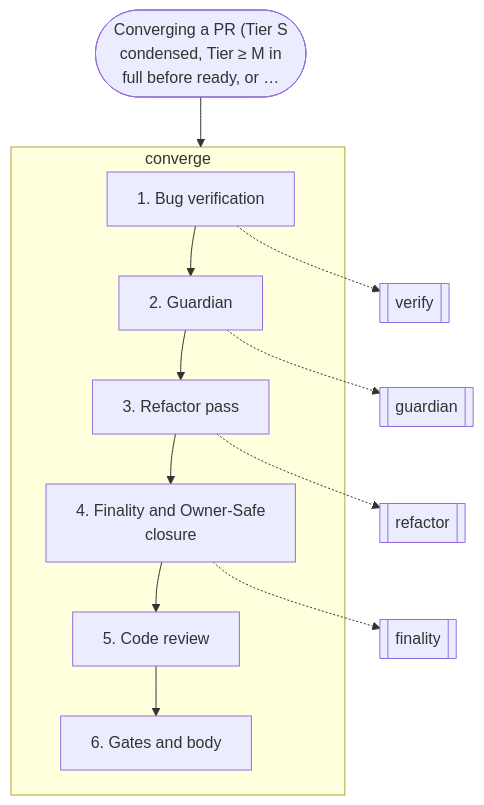
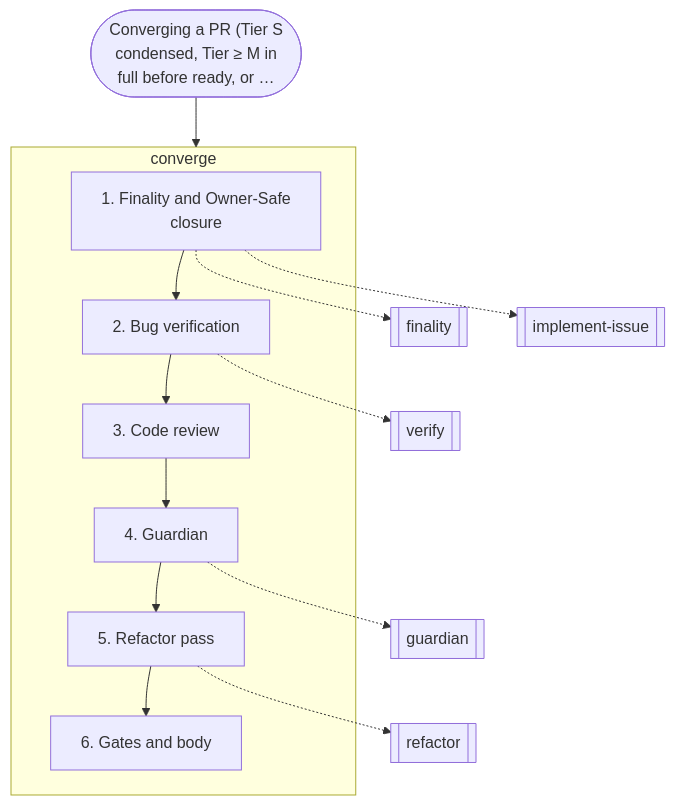
The seventh of 14 diagrams in docs/graphs.md (nitedani/mergeworthy), drawn with Mermaid before and after one commit. The commit also changed other lines of this file and 1 other file, not shown here.

Commit message:
converge: list what converged means in the order it runs, finality first
Finality's Phases A and B are planning analysis and Phase C is the build, so listing it fourth read as a
pass after refactoring. Code review runs in the reader right after the bug hunt, not only on the final head.

````diff
--- a/docs/graphs.md
+++ b/docs/graphs.md
@@ -210,22 +210,23 @@
 ```mermaid
 flowchart TB
   start(["Converging a PR (Tier S<br/>condensed, Tier ≥ M in<br/>full before ready, or …"])
   subgraph g0["converge"]
-    s0["1. Bug verification"]
-    s1["2. Guardian"]
+    s0["1. Finality and Owner-Safe<br/>closure"]
+    s1["2. Bug verification"]
     s0 --> s1
-    s2["3. Refactor pass"]
+    s2["3. Code review"]
     s1 --> s2
-    s3["4. Finality and Owner-Safe<br/>closure"]
+    s3["4. Guardian"]
     s2 --> s3
-    s4["5. Code review"]
+    s4["5. Refactor pass"]
     s3 --> s4
     s5["6. Gates and body"]
     s4 --> s5
   end
-  s0 -.-> r1[["verify"]]
-  s1 -.-> r2[["guardian"]]
-  s2 -.-> r3[["refactor"]]
-  s3 -.-> r4[["finality"]]
+  s0 -.-> r1[["finality"]]
+  s0 -.-> r2[["implement-issue"]]
+  s1 -.-> r3[["verify"]]
+  s3 -.-> r4[["guardian"]]
+  s4 -.-> r5[["refactor"]]
   start --> g0
 ```
````
